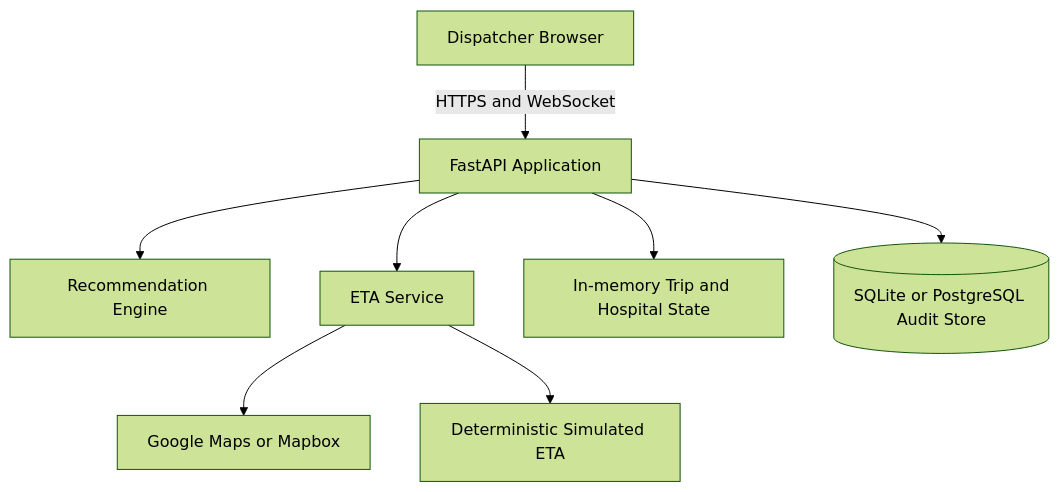
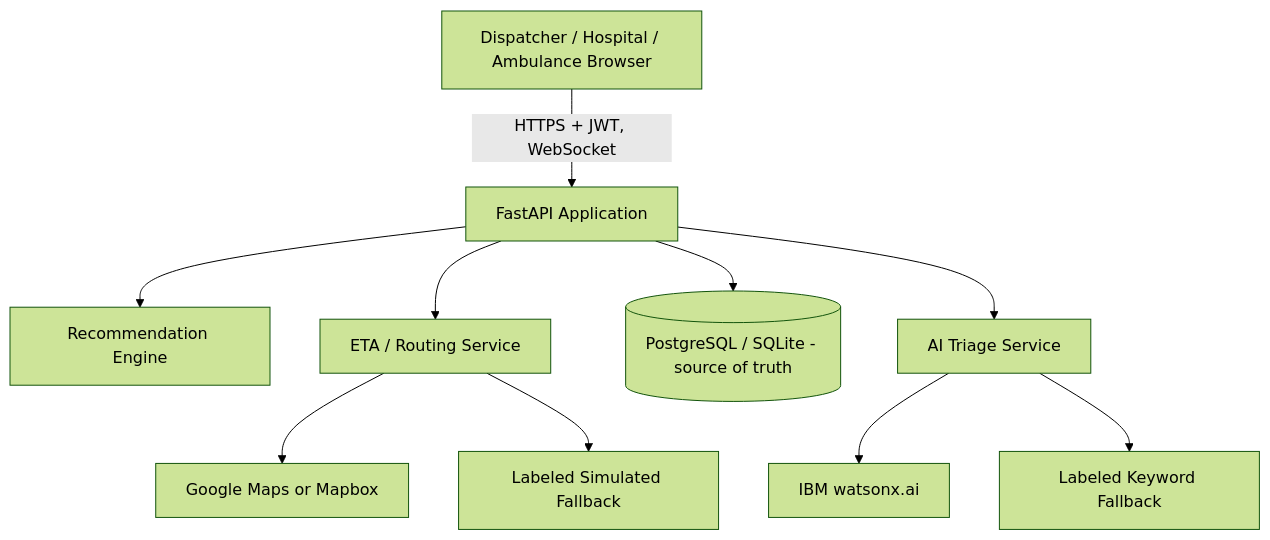
Before and after one commit to dhruvilshah0303/bob-ai-hackathon-SrijanX: the diagram in docs/architecture.md, drawn with Mermaid (forest theme). The commit also changed other lines of this file and 8 other files, not shown here.

````diff
--- a/docs/architecture.md
+++ b/docs/architecture.md
@@ -5,10 +5,12 @@
 ```mermaid
 graph TD
-    A[Dispatcher Browser] -->|HTTPS and WebSocket| B[FastAPI Application]
+    A[Dispatcher / Hospital / Ambulance Browser] -->|HTTPS + JWT, WebSocket| B[FastAPI Application]
     B --> C[Recommendation Engine]
-    B --> D[ETA Service]
-    B --> E[In-memory Trip and Hospital State]
-    B --> F[(SQLite or PostgreSQL Audit Store)]
+    B --> D[ETA / Routing Service]
+    B --> E[(PostgreSQL / SQLite - source of truth)]
+    B --> F[AI Triage Service]
     D --> G[Google Maps or Mapbox]
-    D --> H[Deterministic Simulated ETA]
+    D --> H[Labeled Simulated Fallback]
+    F --> I[IBM watsonx.ai]
+    F --> J[Labeled Keyword Fallback]
 ```
````
